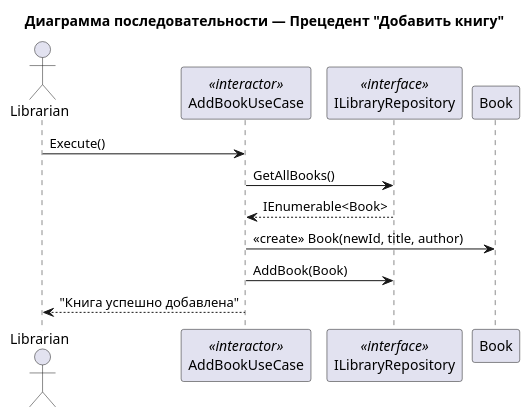
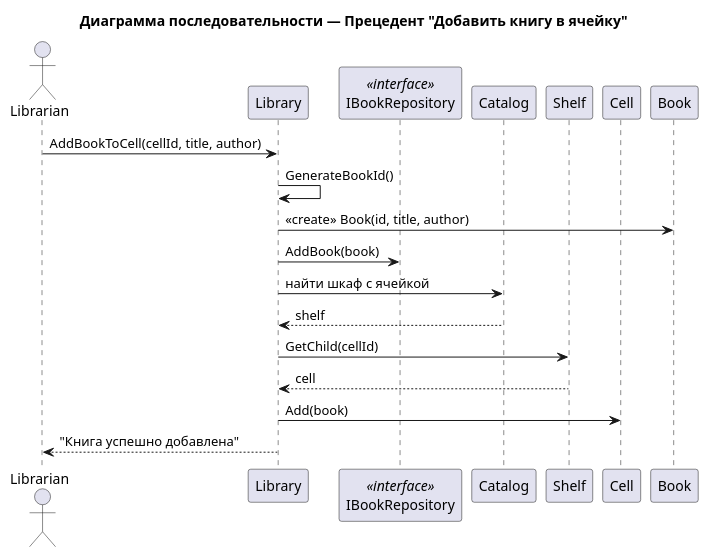
One commit to penamarth/bsbo-01-23_team4_var2_bibl changed the diagram in Сценарии использования/Добавление книги.md. Above: the diagram before and after it, drawn with PlantUML. The commit also changed 37 other files, not shown here.

````diff
--- a/Сценарии использования/Добавление книги.md
+++ b/Сценарии использования/Добавление книги.md
@@ -44,18 +44,28 @@
 ```plantuml
 @startuml
-title Диаграмма последовательности — Прецедент "Добавить книгу"
+title Диаграмма последовательности — Прецедент "Добавить книгу в ячейку"
 
 actor Librarian
-participant "AddBookUseCase" as UseCase <<interactor>>
-participant "ILibraryRepository" as Repo <<interface>>
+participant "Library" as Lib
+participant "IBookRepository" as BookRepo <<interface>>
+participant "Catalog" as Catalog
+participant "Shelf"
+participant "Cell"
 participant "Book"
 
-Librarian -> UseCase : Execute()
-UseCase -> Repo : GetAllBooks()
-Repo --> UseCase : IEnumerable<Book>
+Librarian -> Lib : AddBookToCell(cellId, title, author)
 
-UseCase -> Book : <<create>> Book(newId, title, author)
-UseCase -> Repo : AddBook(Book)
-UseCase --> Librarian : "Книга успешно добавлена"
+Lib -> Lib : GenerateBookId()
+Lib -> Book : <<create>> Book(id, title, author)
+Lib -> BookRepo : AddBook(book)
+
+Lib -> Catalog : найти шкаф с ячейкой
+Catalog --> Lib : shelf
+Lib -> Shelf : GetChild(cellId)
+Shelf --> Lib : cell
+
+Lib -> Cell : Add(book)
+
+Lib --> Librarian : "Книга успешно добавлена"
 @enduml
 ```
````
